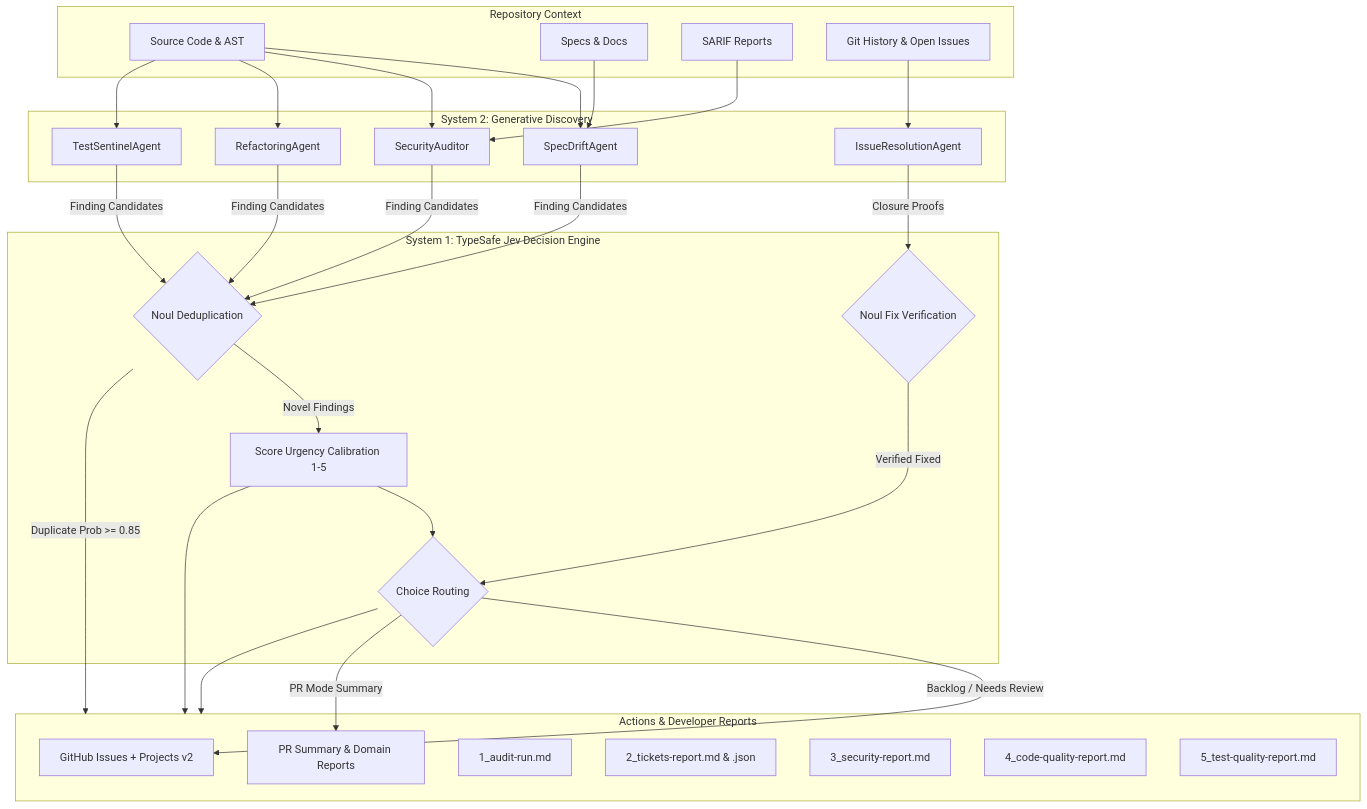
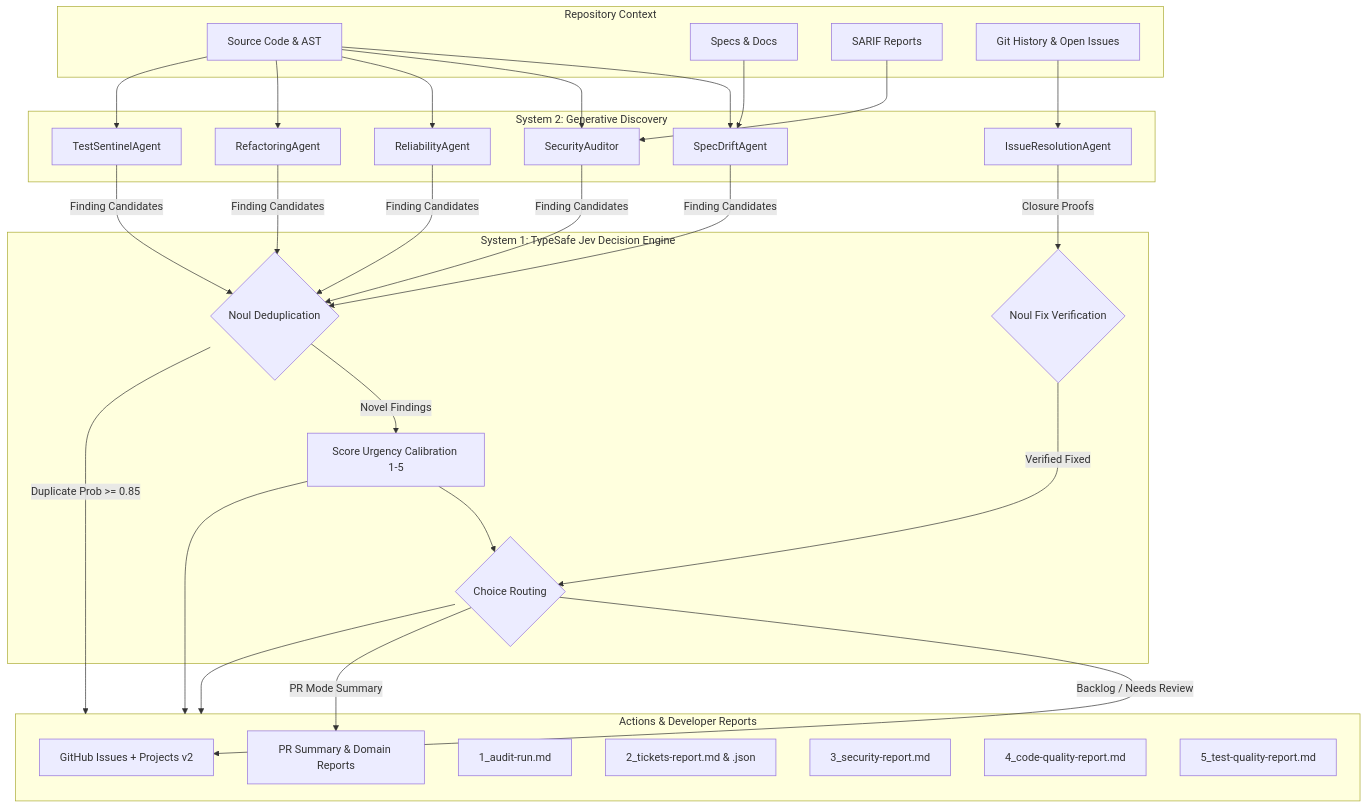
One commit to tyronebramwell/GitGavel changed the diagram in README.md. Above: the diagram before and after it, drawn with Mermaid. The commit also changed other lines of this file, not shown here.

Commit message:
docs: update README with real-time CLI progress streaming and Phase 8 Reliability agent

````diff
--- a/README.md
+++ b/README.md
@@ -27,50 +27,51 @@
 ```mermaid
 flowchart TD
     subgraph Input["Repository Context"]
         A[Source Code & AST] 
         B[Specs & Docs]
         C[SARIF Reports]
         Commits[Git History & Open Issues]
     end
 
     subgraph System2["System 2: Generative Discovery"]
-        D[SpecDriftAgent]
-        E[SecurityAuditor]
-        F[RefactoringAgent]
-        Test[TestSentinelAgent]
-        Res[IssueResolutionAgent]
+        D["SpecDriftAgent"]
+        E["SecurityAuditor"]
+        Rel["ReliabilityAgent"]
+        F["RefactoringAgent"]
+        Test["TestSentinelAgent"]
+        Res["IssueResolutionAgent"]
     end
 
     subgraph System1["System 1: TypeSafe Jev Decision Engine"]
-        G{Noul Deduplication}
-        FixProof{Noul Fix Verification}
-        H[Score Urgency Calibration 1-5]
-        I{Choice Routing}
+        G{"Noul Deduplication"}
+        FixProof{"Noul Fix Verification"}
+        H["Score Urgency Calibration 1-5"]
+        I{"Choice Routing"}
     end
 
     subgraph Output["Actions & Developer Reports"]
-        J[GitHub Issues + Projects v2]
-        PR[PR Summary & Domain Reports]
+        J["GitHub Issues + Projects v2"]
+        PR["PR Summary & Domain Reports"]
         K["1_audit-run.md"]
         L["2_tickets-report.md & .json"]
         M["3_security-report.md"]
         N["4_code-quality-report.md"]
         O["5_test-quality-report.md"]
     end
 
-    A --> D & E & F & Test
+    A --> D & E & Rel & F & Test
     B --> D
     C --> E
     Commits --> Res
 
-    D & E & F & Test -->|Finding Candidates| G
+    D & E & Rel & F & Test -->|Finding Candidates| G
     Res -->|Closure Proofs| FixProof
     G -->|Novel Findings| H
     G -->|Duplicate Prob >= 0.85| Output
     FixProof -->|Verified Fixed| I
     H --> I
     I -->|Backlog / Needs Review| J
     I -->|PR Mode Summary| PR
     I --> Output
     H --> Output
 ```
````
